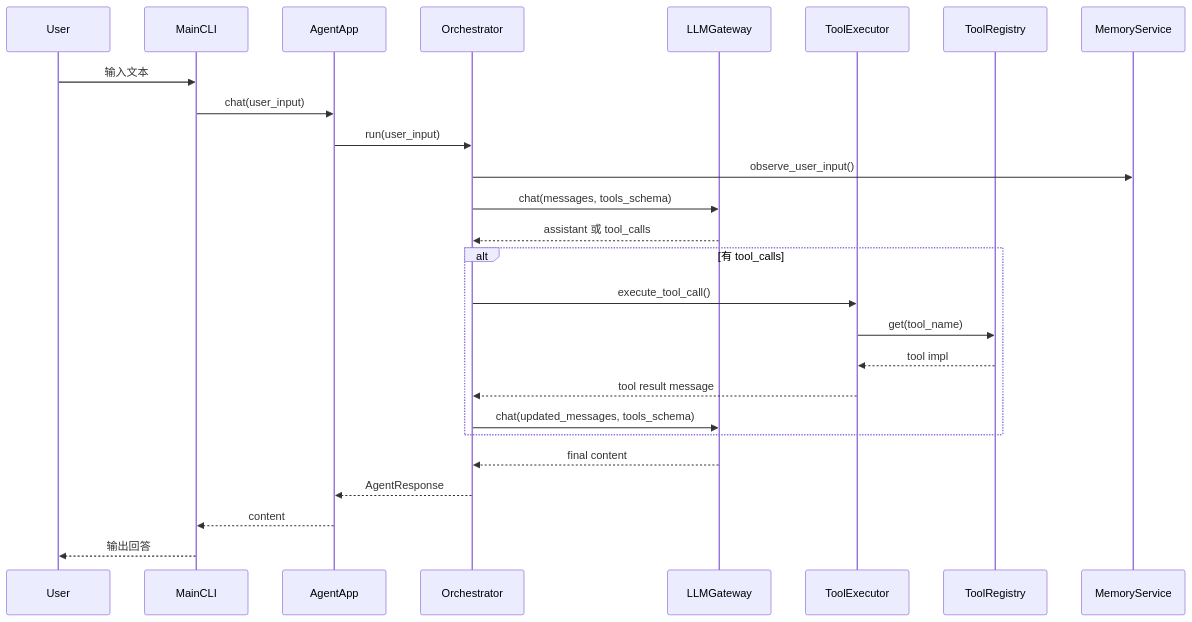
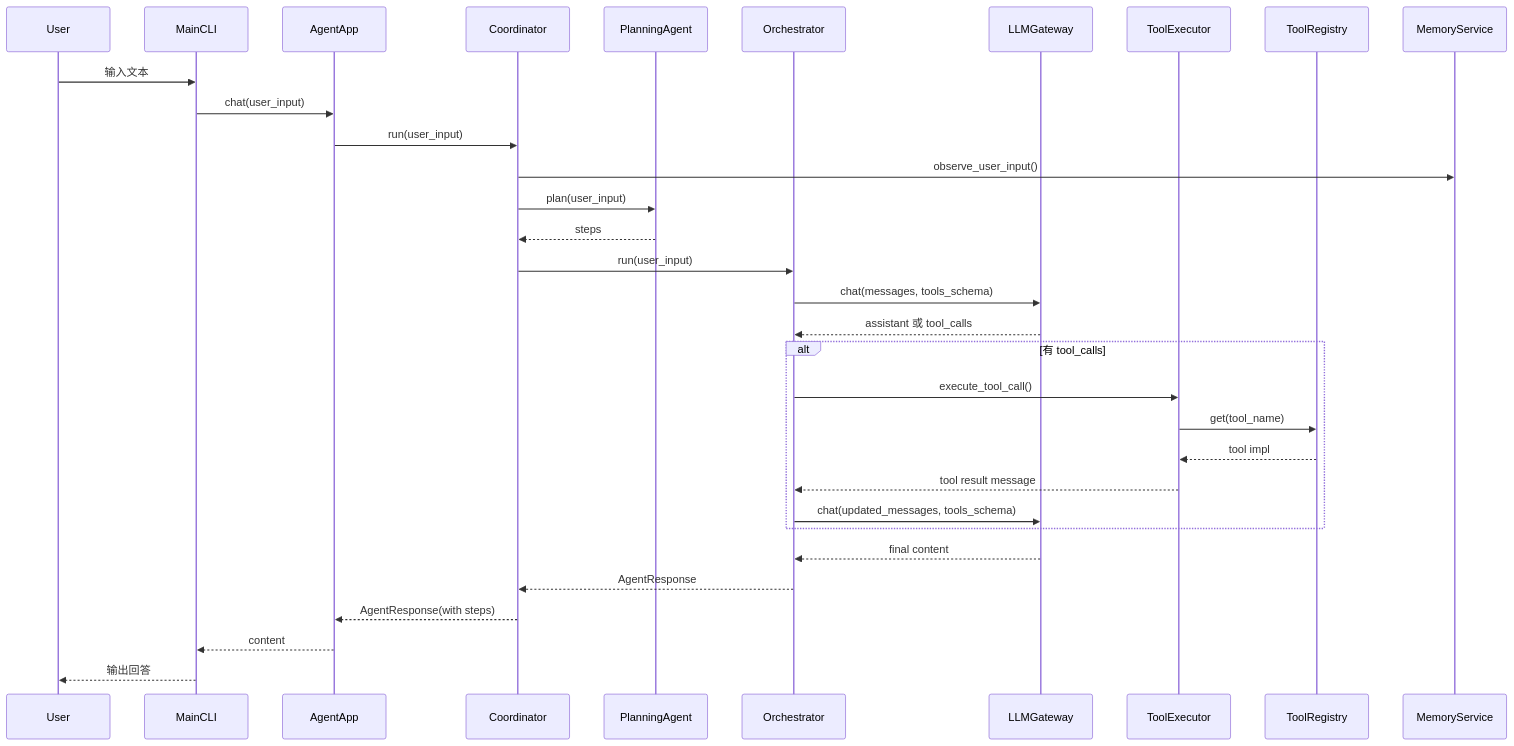
Before and after one commit to breakman99/Jarvis: the second of 2 diagrams in docs/ARCHITECTURE.md, drawn with Mermaid. The commit also changed other lines of this file and 40 other files, not shown here.

````diff
--- a/docs/ARCHITECTURE.md
+++ b/docs/ARCHITECTURE.md
@@ -64,29 +69,35 @@
 ```mermaid
 sequenceDiagram
     participant U as User
     participant M as MainCLI
     participant A as AgentApp
+    participant C as Coordinator
+    participant P as PlanningAgent
     participant O as Orchestrator
     participant L as LLMGateway
     participant E as ToolExecutor
     participant R as ToolRegistry
     participant S as MemoryService
 
     U->>M: 输入文本
     M->>A: chat(user_input)
-    A->>O: run(user_input)
-    O->>S: observe_user_input()
+    A->>C: run(user_input)
+    C->>S: observe_user_input()
+    C->>P: plan(user_input)
+    P-->>C: steps
+    C->>O: run(user_input)
     O->>L: chat(messages, tools_schema)
     L-->>O: assistant 或 tool_calls
     alt 有 tool_calls
         O->>E: execute_tool_call()
         E->>R: get(tool_name)
         R-->>E: tool impl
         E-->>O: tool result message
         O->>L: chat(updated_messages, tools_schema)
     end
     L-->>O: final content
-    O-->>A: AgentResponse
+    O-->>C: AgentResponse
+    C-->>A: AgentResponse(with steps)
     A-->>M: content
     M-->>U: 输出回答
 ```
````
